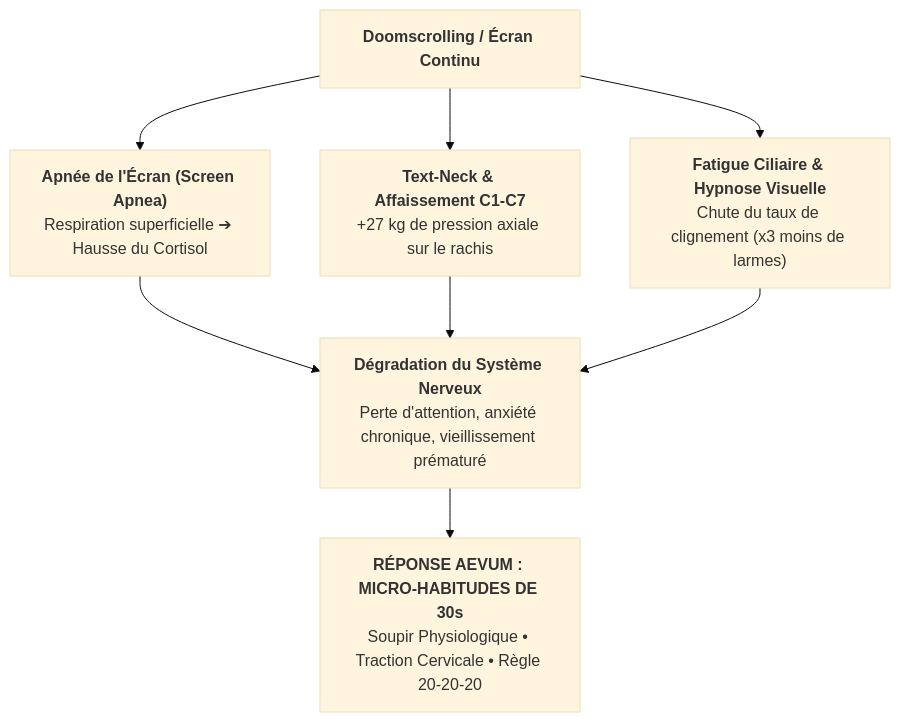
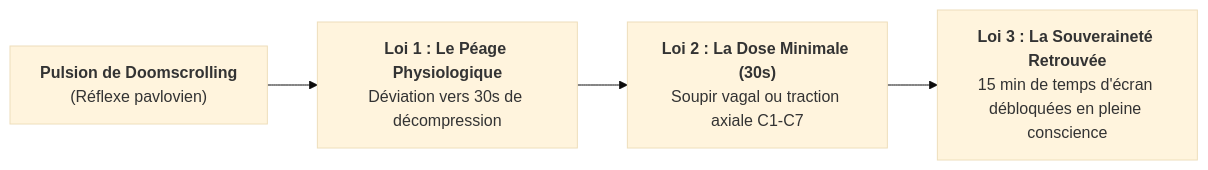
One commit to Octet2Bis/MasterPlan changed the second of 2 diagrams in 03_Developpement_App/Ressources/Knowledge/aevum_manifesto_100_years.md. Above: the diagram before and after it, drawn with Mermaid (base theme). The commit also changed other lines of this file, not shown here.

Commit message:
docs(aevum): enrich 100-year healthspan manifesto with 5 core pillars & clinical data

````diff
--- a/03_Developpement_App/Ressources/Knowledge/aevum_manifesto_100_years.md
+++ b/03_Developpement_App/Ressources/Knowledge/aevum_manifesto_100_years.md
@@ -11,12 +40,6 @@
 ```mermaid
-flowchart TD
-    A["<b>Doomscrolling / Écran Continu</b>"] --> B["<b>Apnée de l'Écran (Screen Apnea)</b><br/>Respiration superficielle ➔ Hausse du Cortisol"]
-    A --> C["<b>Text-Neck & Affaissement C1-C7</b><br/>+27 kg de pression axiale sur le rachis"]
-    A --> D["<b>Fatigue Ciliaire & Hypnose Visuelle</b><br/>Chute du taux de clignement (x3 moins de larmes)"]
-    
-    B --> E["<b>Dégradation du Système Nerveux</b><br/>Perte d'attention, anxiété chronique, vieillissement prématuré"]
-    C --> E
-    D --> E
-    
-    E --> F["<b>RÉPONSE AEVUM : MICRO-HABITUDES DE 30s</b><br/>Soupir Physiologique • Traction Cervicale • Règle 20-20-20"]
+flowchart LR
+    A["<b>Pulsion de Doomscrolling</b><br/>(Réflexe pavlovien)"] --> B["<b>Loi 1 : Le Péage Physiologique</b><br/>Déviation vers 30s de décompression"]
+    B --> C["<b>Loi 2 : La Dose Minimale (30s)</b><br/>Soupir vagal ou traction axiale C1-C7"]
+    C --> D["<b>Loi 3 : La Souveraineté Retrouvée</b><br/>15 min de temps d'écran débloquées en pleine conscience"]
 ```
````
